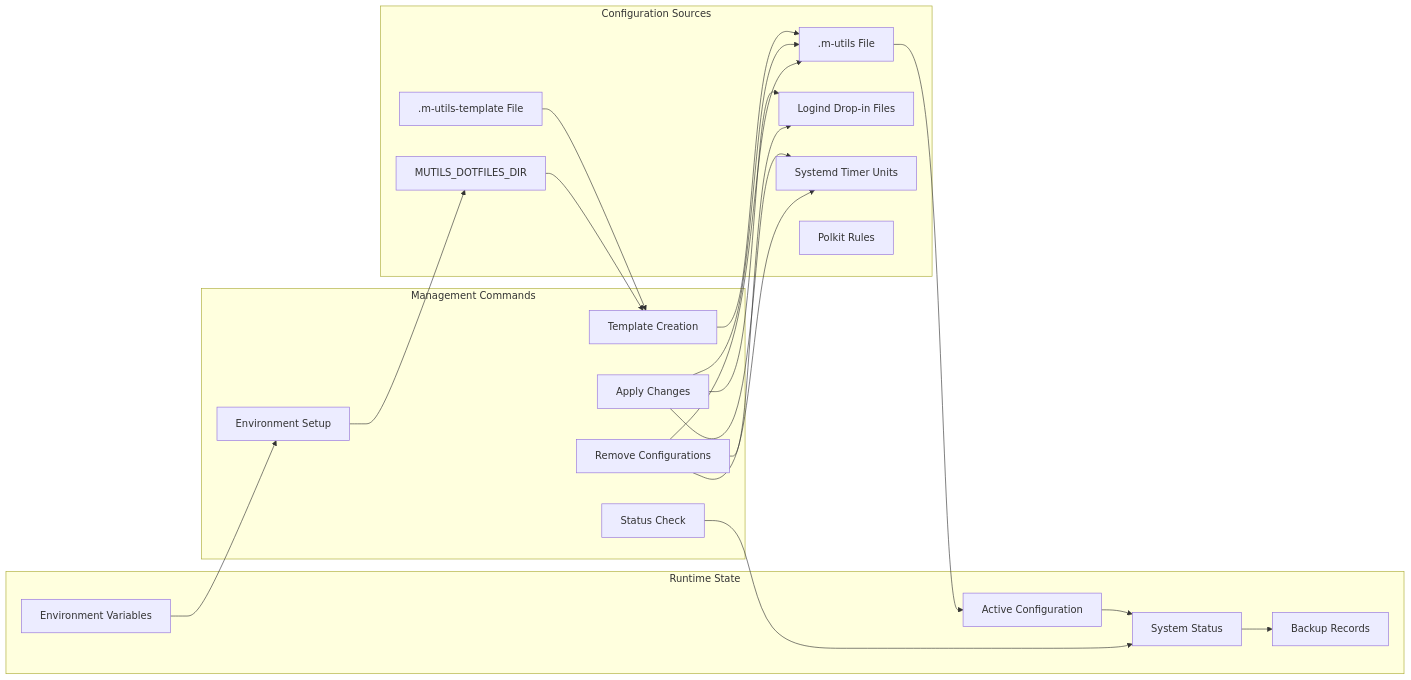
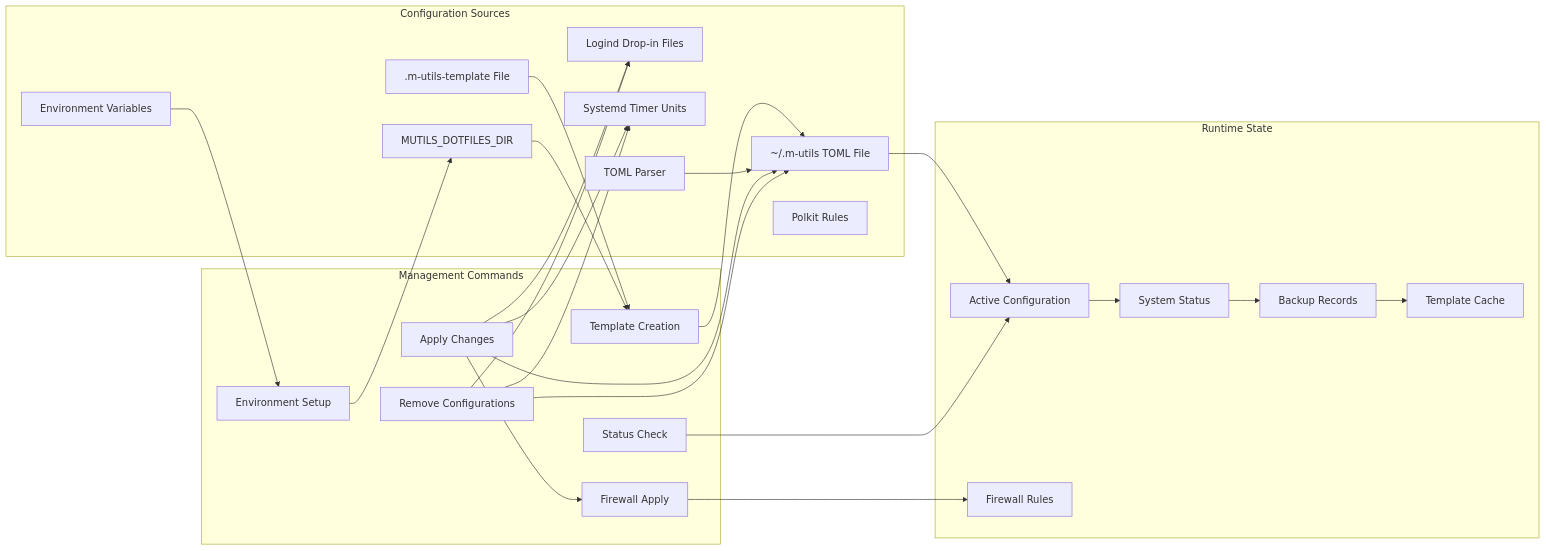
One commit to cr8ivecodesmith/dotfiles changed the sixth of 10 diagrams in .qoder/repowiki/en/content/System Integration/M-Utils System Management.md. Above: the diagram before and after it, drawn with Mermaid. The commit also changed other lines of this file and 5 other files, not shown here.

````diff
--- a/.qoder/repowiki/en/content/System Integration/M-Utils System Management.md
+++ b/.qoder/repowiki/en/content/System Integration/M-Utils System Management.md
@@ -372,39 +400,47 @@
 ```mermaid
 graph LR
 subgraph "Configuration Sources"
 A[.m-utils-template File]
-B[.m-utils File]
+B[~/.m-utils TOML File]
 C[Logind Drop-in Files]
 D[Systemd Timer Units]
 E[Polkit Rules]
 F[MUTILS_DOTFILES_DIR]
+G[TOML Parser]
+H[Environment Variables]
 end
 subgraph "Runtime State"
-G[Active Configuration]
-H[System Status]
-I[Backup Records]
-J[Environment Variables]
+I[Active Configuration]
+J[System Status]
+K[Backup Records]
+L[Template Cache]
+M[Firewall Rules]
 end
 subgraph "Management Commands"
-K[Status Check]
-L[Apply Changes]
-M[Remove Configurations]
-N[Template Creation]
-O[Environment Setup]
+N[Status Check]
+O[Apply Changes]
+P[Remove Configurations]
+Q[Template Creation]
+R[Environment Setup]
+S[Firewall Apply]
 end
-A --> N
-N --> B
-B --> G
-F --> N
-G --> H
-H --> I
-J --> O
-O --> F
-K --> H
-L --> B
-L --> C
-L --> D
-M --> B
-M --> C
-M --> D
+A --> Q
+Q --> B
+B --> I
+F --> Q
+G --> B
+H --> R
+R --> F
+N --> I
+O --> B
+O --> C
+O --> D
+O --> S
+P --> B
+P --> C
+P --> D
+S --> M
+I --> J
+J --> K
+K --> L
 ```
````
